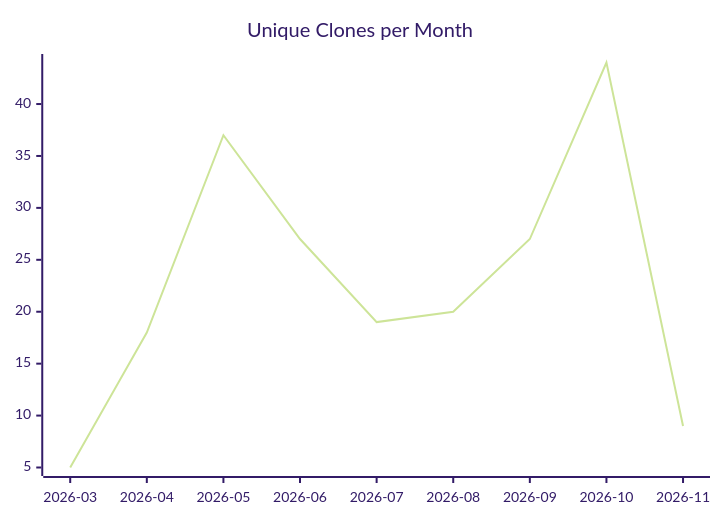
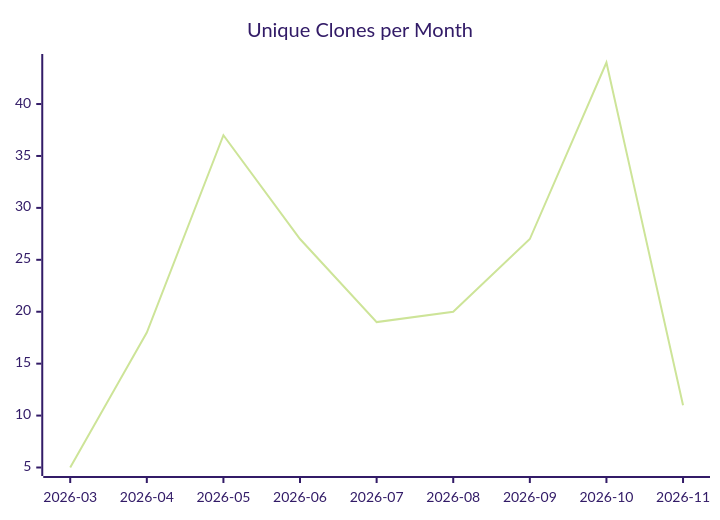
One commit to justdavis-family/github-analytics-data changed the third of 3 diagrams in karlmdavis/obsidian-operator/README.md. Above: the diagram before and after it, drawn with Mermaid (forest theme). The commit also changed other lines of this file and 192 other files, not shown here.

````diff
--- a/karlmdavis/obsidian-operator/README.md
+++ b/karlmdavis/obsidian-operator/README.md
@@ -19,6 +19,6 @@
 ```mermaid
 xychart-beta
   title "Unique Clones per Month"
   x-axis ["2026-03", "2026-04", "2026-05", "2026-06", "2026-07", "2026-08", "2026-09", "2026-10", "2026-11"]
-  line [5, 18, 37, 27, 19, 20, 27, 44, 9]
+  line [5, 18, 37, 27, 19, 20, 27, 44, 11]
 ```
````
